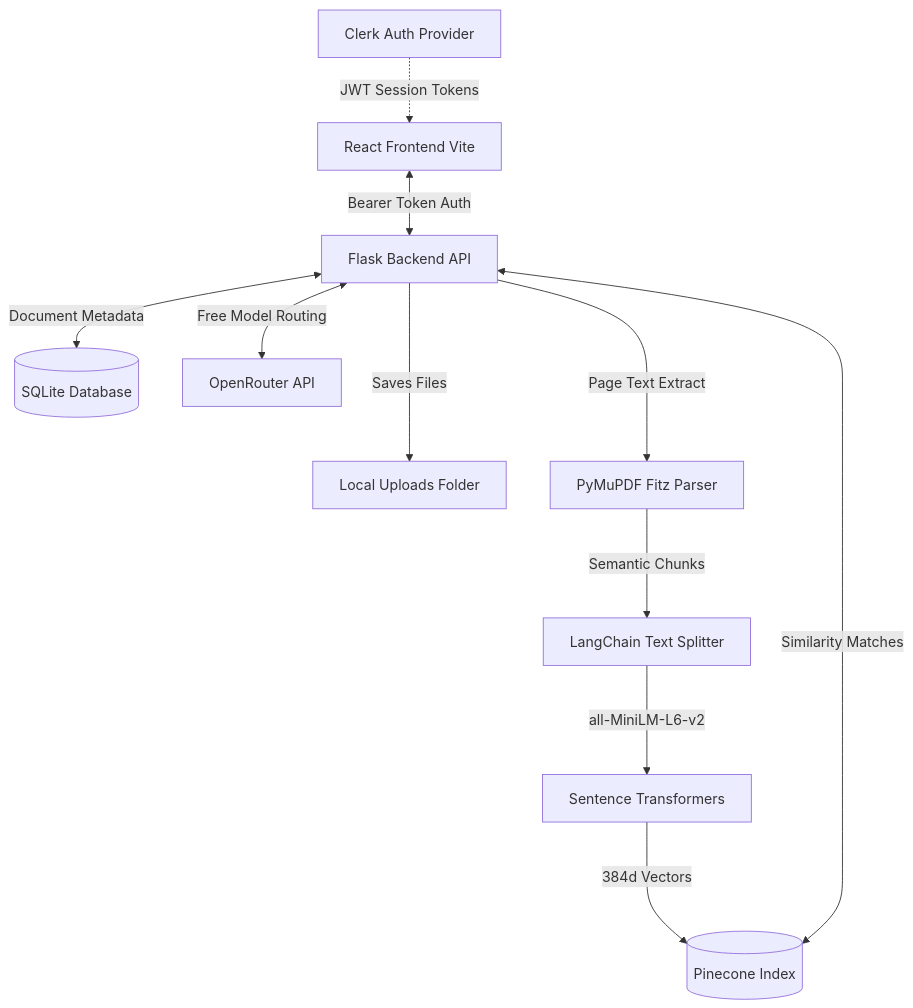
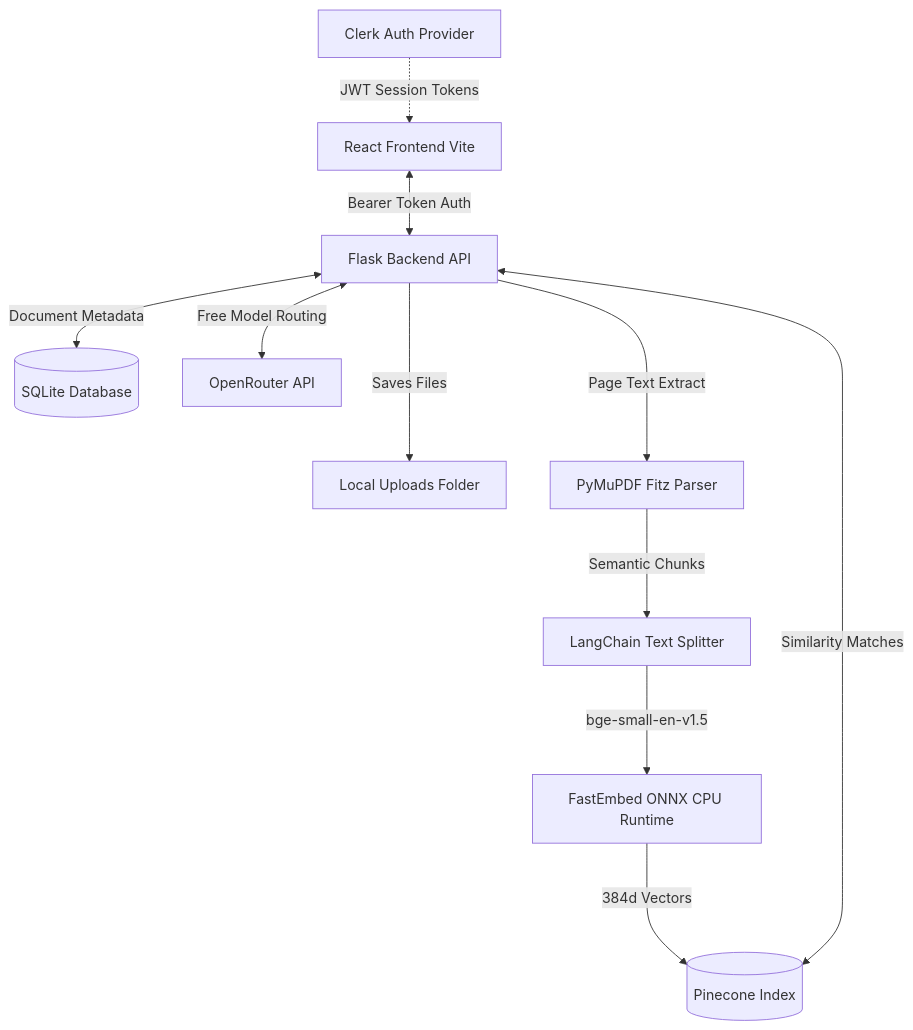
The diagram in README.md (shreyasTalwar/hr-knowledge-assistant), drawn with Mermaid before and after one commit. The commit also changed other lines of this file, not shown here.

Commit message:
updated README configuration variables and architecture schema

````diff
--- a/README.md
+++ b/README.md
@@ -11,13 +11,13 @@
 ```mermaid
 graph TD
     Client[React Frontend Vite] <-->|Bearer Token Auth| API[Flask Backend API]
     Auth[Clerk Auth Provider] -.->|JWT Session Tokens| Client
     API <-->|Document Metadata| DB[(SQLite Database)]
     API --->|Saves Files| LocalFS[Local Uploads Folder]
     API --->|Page Text Extract| Parser[PyMuPDF Fitz Parser]
     Parser --->|Semantic Chunks| Splitter[LangChain Text Splitter]
-    Splitter --->|all-MiniLM-L6-v2| Embedder[Sentence Transformers]
+    Splitter --->|bge-small-en-v1.5| Embedder[FastEmbed ONNX CPU Runtime]
     Embedder --->|384d Vectors| VectorDB[(Pinecone Index)]
     API <-->|Similarity Matches| VectorDB
     API <-->|Free Model Routing| LLM[OpenRouter API]
 ```
````
